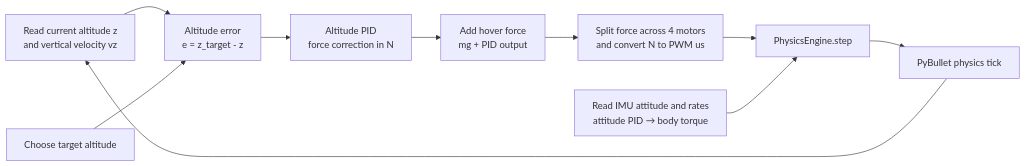
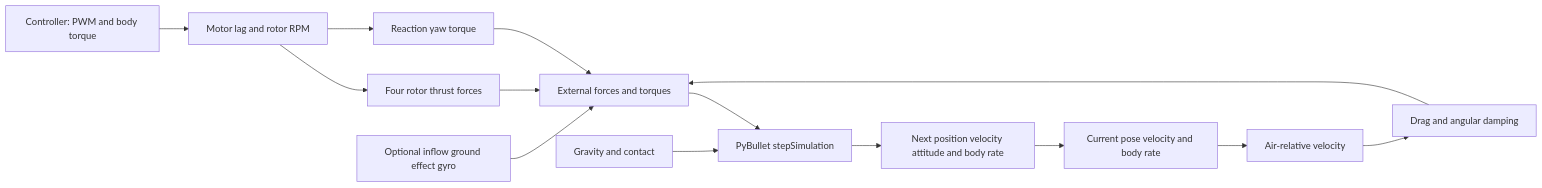
The diagram in docs/modules/06-autonomous-hover/index.md (amire2000/drone-physics-and-simulation-course), drawn with Mermaid before and after one commit. The commit also changed other lines of this file and 8 other files, not shown here.

Commit message:
restructure force and hover lessons

````diff
--- a/docs/modules/06-autonomous-hover/index.md
+++ b/docs/modules/06-autonomous-hover/index.md
@@ -119,16 +18,16 @@
 ```mermaid
 flowchart LR
-    state[Read current altitude z<br/>and vertical velocity vz]
-    target[Choose target altitude]
-    error[Altitude error<br/>e = z_target - z]
-    altitude_pid[Altitude PID<br/>force correction in N]
-    weight[Add hover force<br/>mg + PID output]
-    pwm[Split force across 4 motors<br/>and convert N to PWM us]
-    attitude[Read IMU attitude and rates<br/>attitude PID → body torque]
-    step[PhysicsEngine.step]
-    physics[PyBullet physics tick]
-    state --> error
-    target --> error
-    error --> altitude_pid --> weight --> pwm --> step --> physics --> state
-    attitude --> step
+    command[Controller: PWM and body torque] --> motor[Motor lag and rotor RPM]
+    motor --> thrust[Four rotor thrust forces]
+    motor --> reaction[Reaction yaw torque]
+    state[Current pose velocity and body rate] --> air[Air-relative velocity]
+    air --> drag[Drag and angular damping]
+    optional[Optional inflow ground effect gyro] --> forces
+    thrust --> forces[External forces and torques]
+    reaction --> forces
+    drag --> forces
+    forces --> bullet[PyBullet stepSimulation]
+    gravity[Gravity and contact] --> bullet
+    bullet --> next[Next position velocity attitude and body rate]
+    next --> state
 ```
````
